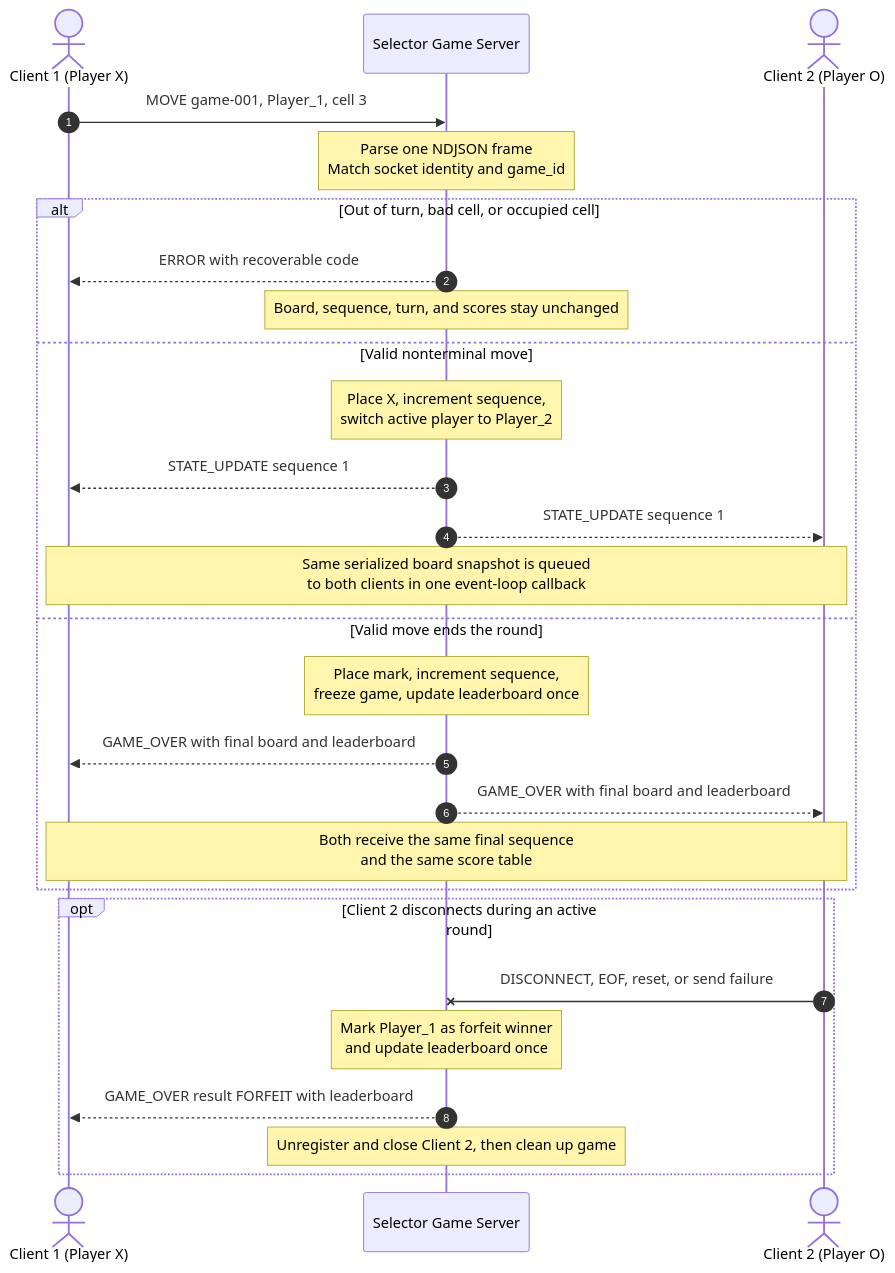
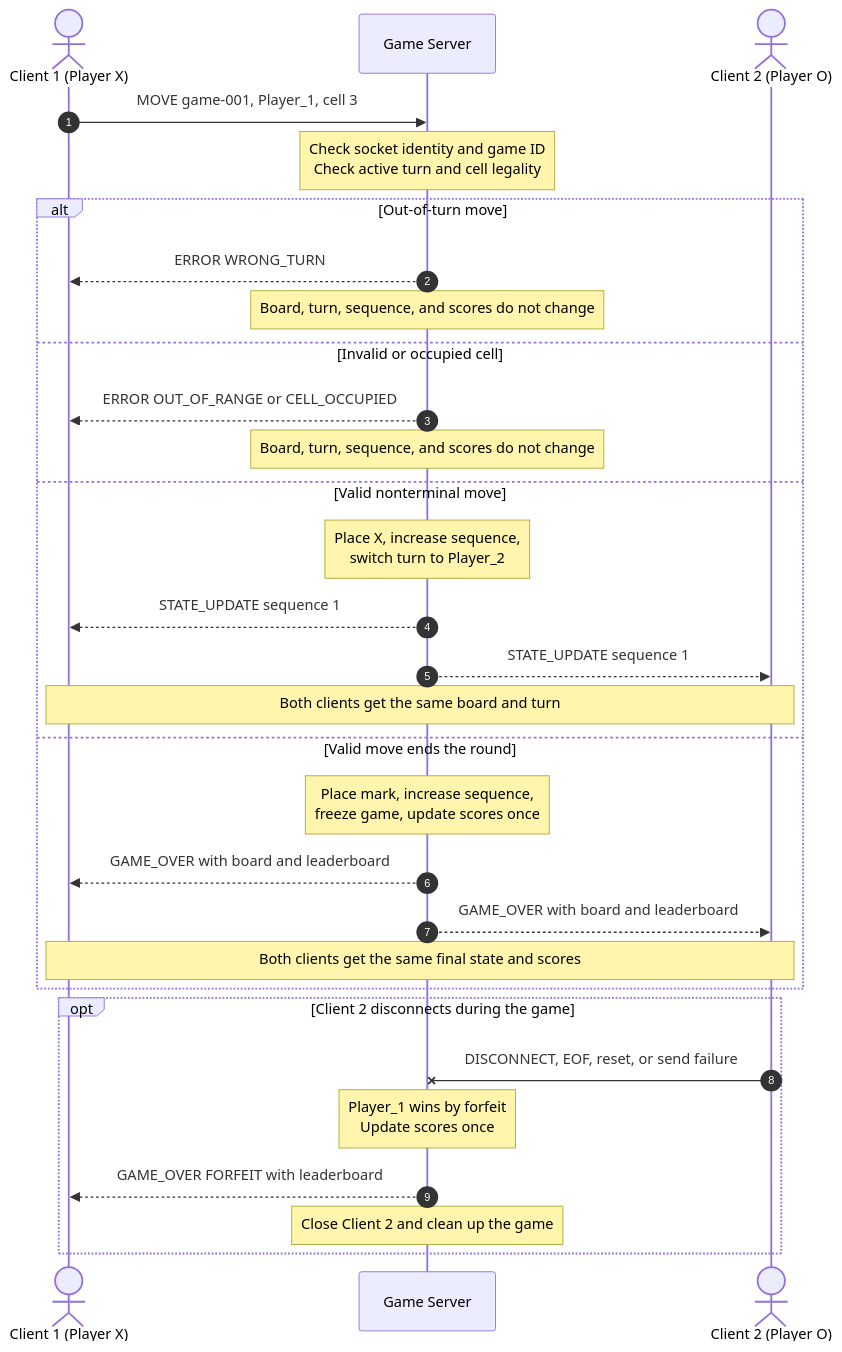
The diagram in docs/concurrency_design.md (forrest06/cs457-network-tic-tac-toe), drawn with Mermaid before and after one commit. The commit also changed other lines of this file, not shown here.

````diff
--- a/docs/concurrency_design.md
+++ b/docs/concurrency_design.md
@@ -135,31 +93,34 @@
 ```mermaid
 sequenceDiagram
     autonumber
     actor C1 as Client 1 (Player X)
-    participant S as Selector Game Server
+    participant S as Game Server
     actor C2 as Client 2 (Player O)
 
     C1->>S: MOVE game-001, Player_1, cell 3
-    Note over S: Parse one NDJSON frame<br/>Match socket identity and game_id
-    alt Out of turn, bad cell, or occupied cell
-        S-->>C1: ERROR with recoverable code
-        Note over S: Board, sequence, turn, and scores stay unchanged
+    Note over S: Check socket identity and game ID<br/>Check active turn and cell legality
+    alt Out-of-turn move
+        S-->>C1: ERROR WRONG_TURN
+        Note over S: Board, turn, sequence, and scores do not change
+    else Invalid or occupied cell
+        S-->>C1: ERROR OUT_OF_RANGE or CELL_OCCUPIED
+        Note over S: Board, turn, sequence, and scores do not change
     else Valid nonterminal move
-        Note over S: Place X, increment sequence,<br/>switch active player to Player_2
+        Note over S: Place X, increase sequence,<br/>switch turn to Player_2
         S-->>C1: STATE_UPDATE sequence 1
         S-->>C2: STATE_UPDATE sequence 1
-        Note over C1,C2: Same serialized board snapshot is queued<br/>to both clients in one event-loop callback
+        Note over C1,C2: Both clients get the same board and turn
     else Valid move ends the round
-        Note over S: Place mark, increment sequence,<br/>freeze game, update leaderboard once
-        S-->>C1: GAME_OVER with final board and leaderboard
-        S-->>C2: GAME_OVER with final board and leaderboard
-        Note over C1,C2: Both receive the same final sequence<br/>and the same score table
+        Note over S: Place mark, increase sequence,<br/>freeze game, update scores once
+        S-->>C1: GAME_OVER with board and leaderboard
+        S-->>C2: GAME_OVER with board and leaderboard
+        Note over C1,C2: Both clients get the same final state and scores
     end
 
-    opt Client 2 disconnects during an active round
+    opt Client 2 disconnects during the game
         C2-xS: DISCONNECT, EOF, reset, or send failure
-        Note over S: Mark Player_1 as forfeit winner<br/>and update leaderboard once
-        S-->>C1: GAME_OVER result FORFEIT with leaderboard
-        Note over S: Unregister and close Client 2, then clean up game
+        Note over S: Player_1 wins by forfeit<br/>Update scores once
+        S-->>C1: GAME_OVER FORFEIT with leaderboard
+        Note over S: Close Client 2 and clean up the game
     end
 ```
````
